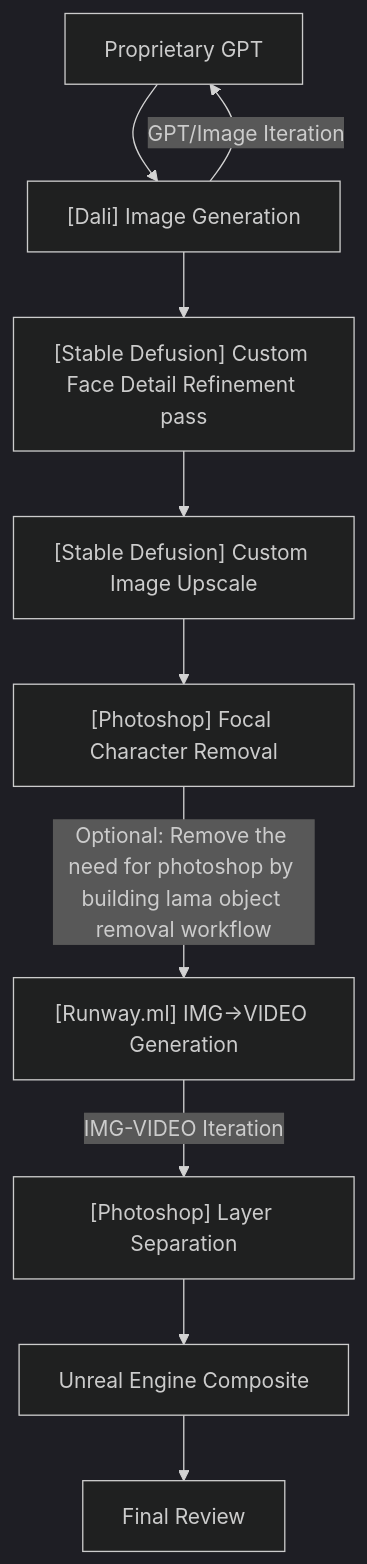
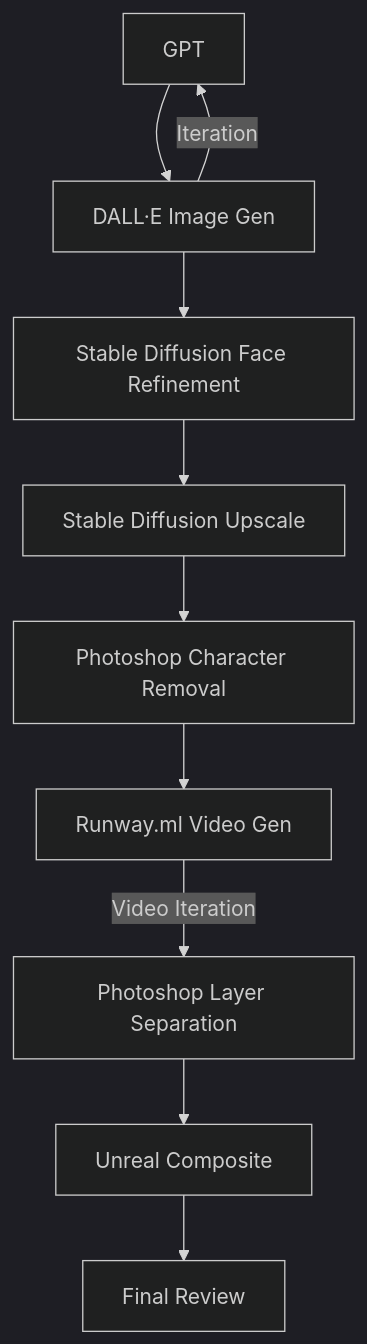
One commit to diamond-one/hybrid-AI-animated-shorts-pipeline changed the diagram in zzzSnowball-bg-Character-workflow copy.md. Above: the diagram before and after it, drawn with Mermaid (dark theme). The commit also changed 2 other files, not shown here.

Commit message:
added colour grading flow

````diff
--- a/zzzSnowball-bg-Character-workflow copy.md
+++ b/zzzSnowball-bg-Character-workflow copy.md
@@ -3,23 +3,24 @@
 ```mermaid
 flowchart TD
-    node1["Proprietary GPT"]
-    node2["[Dali] Image Generation"]
-    node2a["[Photoshop] Focal Character Removal"]
-    node4["[Stable Defusion] Custom Face Detail Refinement pass"]
-    node5["[Stable Defusion] Custom Image Upscale"]
-    node6["[Runway.ml] IMG->VIDEO Generation"]
-    node7["[Photoshop] Layer Separation"]
-    node8["Unreal Engine Composite"]
+    node1["GPT"]
+    node2["DALL·E Image Gen"]
+    node2a["Photoshop Character Removal"]
+    node4["Stable Diffusion Face Refinement"]
+    node5["Stable Diffusion Upscale"]
+    node6["Runway.ml Video Gen"]
+    node7["Photoshop Layer Separation"]
+    node8["Unreal Composite"]
     node9["Final Review"]
 
     node1 --> node2
-    node2 -- GPT/Image Iteration--> node1
+    node2 -- Iteration --> node1
     node2 --> node4
     node4 --> node5
     node5 --> node2a
-    node2a--Optional: Remove the need for photoshop by building lama object removal workflow--> node6
-    node6 --IMG-VIDEO Iteration --> node7
+    node2a --> node6
+    node6 -- Video Iteration --> node7
     node7 --> node8
     node8 --> node9
 
+
 ```
````
